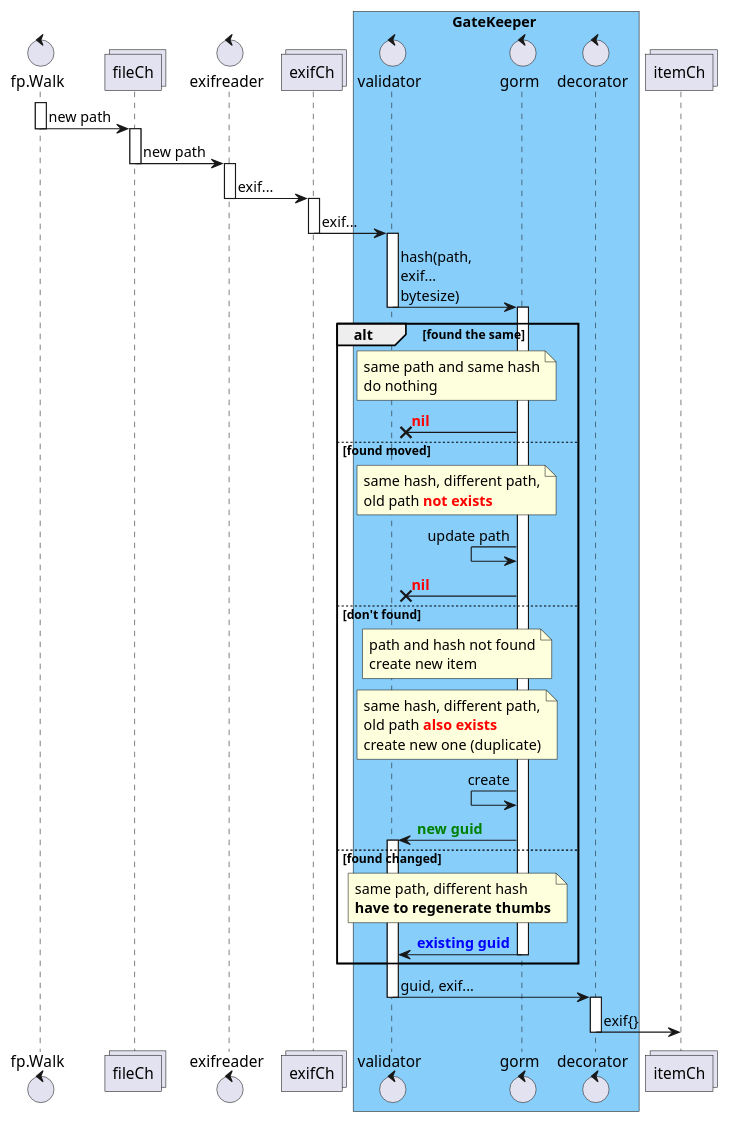
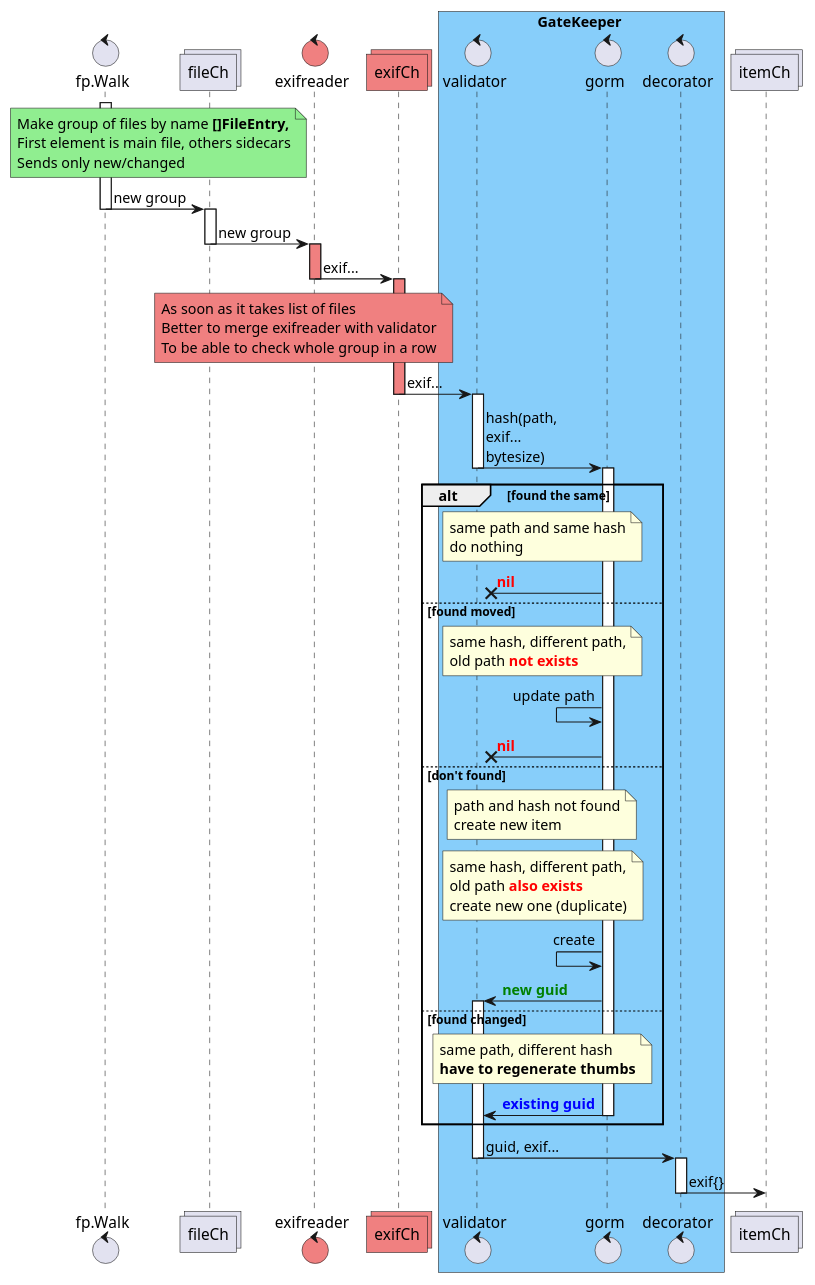
One commit to eggs-gd/Perceptrail changed the diagram in _sb/Walker.puml. Above: the diagram before and after it, drawn with PlantUML. The commit also changed 12 other files, not shown here.

```diff
--- a/_sb/Walker.puml
+++ b/_sb/Walker.puml
@@ -1,77 +1,87 @@
 @startuml Walker and validating
 
 control fp.Walk
 collections fileCh
 
-control exifreader
-collections exifCh
+control exifreader #LightCoral
+collections exifCh #LightCoral
 
 box GateKeeper #LightSkyBlue
 control validator
 control gorm
 control decorator
 end box
 collections itemCh
 
 
 activate fp.Walk
-fp.Walk -> fileCh: new path
+note over fp.Walk, fileCh #LightGreen
+Make group of files by name <b>[]FileEntry,
+First element is main file, others sidecars
+Sends only new/changed
+end note
+fp.Walk -> fileCh: new group
 deactivate fp.Walk
 activate fileCh
-fileCh -> exifreader: new path
+fileCh -> exifreader: new group
 deactivate fileCh
-activate exifreader
+activate exifreader #LightCoral
 exifreader -> exifCh: exif...
+note over fileCh, exifCh #LightCoral
+As soon as it takes list of files
+Better to merge exifreader with validator
+To be able to check whole group in a row
+end note
 deactivate exifreader
-activate exifCh
+activate exifCh #LightCoral
 exifCh -> validator: exif...
 deactivate exifCh
 activate validator
 
 validator -> gorm: hash(path,\nexif...\nbytesize)
 deactivate validator
 activate gorm
 
 alt found the same
     note over validator, gorm: same path and same hash\ndo nothing
     gorm ->x validator: <font color=red><b>nil
 
 else found moved
     note over validator, gorm
     same hash, different path,
     old path <b><font color=red>not exists
     end note
     gorm <- gorm: update path
     gorm ->x validator: <font color=red><b>nil
 
 else don't found
     note over validator, gorm
     path and hash not found
     create new item
     end note
     note over validator, gorm
     same hash, different path,
     old path <b><font color=red>also exists
     create new one (duplicate)
     end note
     gorm <- gorm: create
     gorm -> validator: <font color=green><b>new guid
     activate validator
 
 else found changed
     note over validator, gorm
     same path, different hash
     <b>have to regenerate thumbs
     end note
     gorm -> validator: <font color=blue><b>existing guid
     deactivate gorm
 
 end
 
 validator -> decorator: guid, exif...
 deactivate validator
 activate decorator
 decorator -> itemCh: exif{} 
 deactivate decorator
 
 @enduml
```
